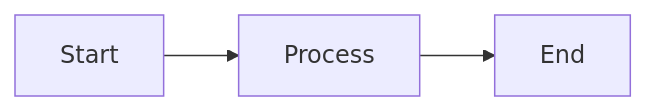
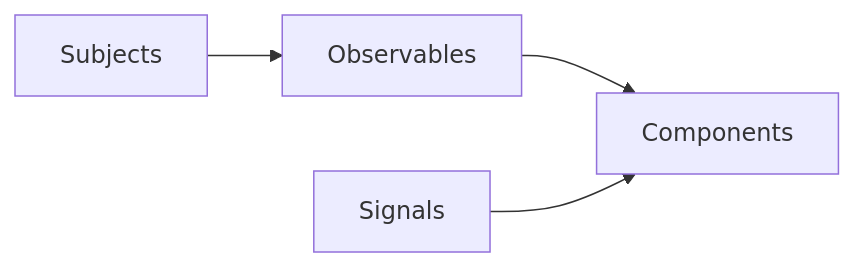
The diagram in Markdown Files/UNIT-1/1.2.4-introduction-to-advanced-state-handling-using-rxjs-subjects-and-behavior-subject.md (NehalPatel/603-01-Fundamentals-of-Full-Stack-Web-Development), drawn with Mermaid before and after one commit. The commit also changed other lines of this file and 35 other files, not shown here.

````diff
--- a/Markdown Files/UNIT-1/1.2.4-introduction-to-advanced-state-handling-using-rxjs-subjects-and-behavior-subject.md
+++ b/Markdown Files/UNIT-1/1.2.4-introduction-to-advanced-state-handling-using-rxjs-subjects-and-behavior-subject.md
@@ -125,4 +119,6 @@
 ```mermaid
 flowchart LR
-  A[Start]-->B[Process]-->C[End]
+  S[Subjects] --> O[Observables]
+  O --> C[Components]
+  Signals --> C
 ```
````
